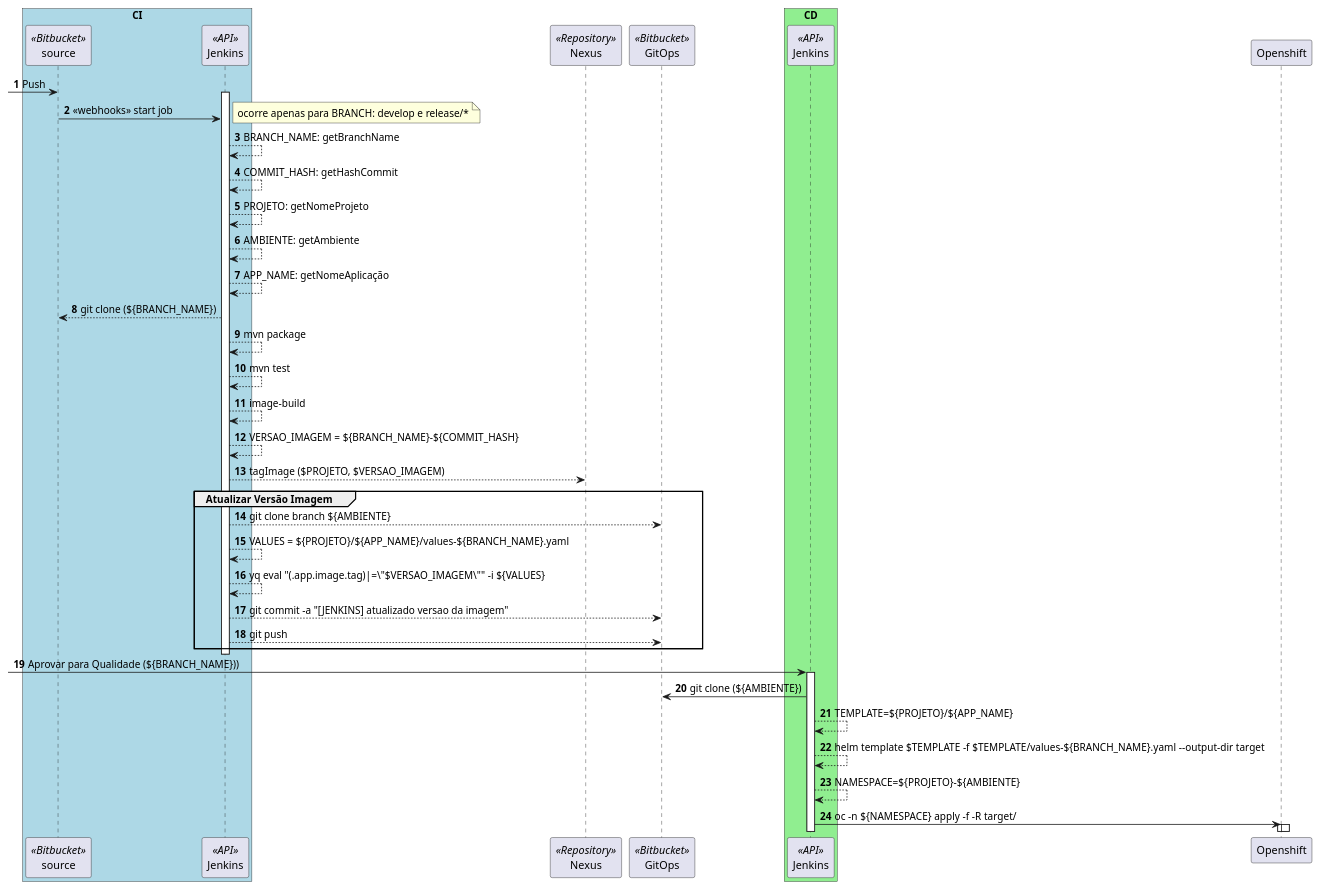
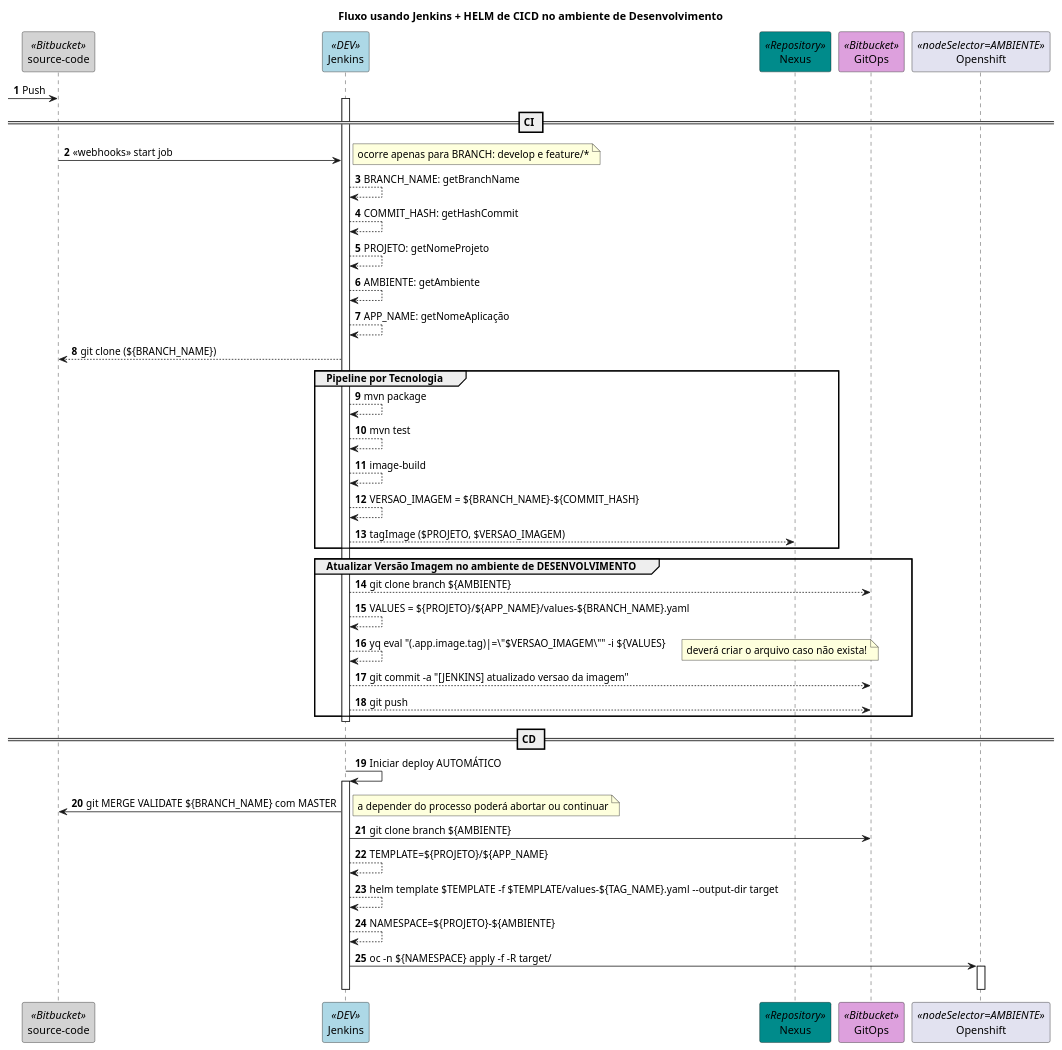
Before and after one commit to jovemfelix/gitops-jenkins-helm: the diagram in docs/cicd-fluxo.puml, drawn with PlantUML. The commit also changed 11 other files, not shown here.

```diff
--- a/docs/cicd-fluxo.puml
+++ b/docs/cicd-fluxo.puml
@@ -1,63 +1,65 @@
 @startuml
+
+title Fluxo usando Jenkins + HELM de CICD no ambiente de Desenvolvimento
+
 autonumber
 
-participant "Jenkins" as jenkinsDev << API >>
-participant "Jenkins" as jenkinsProd<< API >>
-
-box "CI" #LightBlue
-	participant "source" as source << Bitbucket >>
-	participant jenkinsDev
-end box
-
-participant Nexus as nexus << Repository >>
-participant "GitOps" as config << Bitbucket >>
-
-box "CD" #LightGreen
-	participant jenkinsProd
-end box
-
-participant "Openshift" as ocp
+participant "source-code" as source << Bitbucket >> #LightGrey
+participant "Jenkins" as jenkinsDev << DEV >> #LightBlue
+participant Nexus as nexus << Repository >> #DarkCyan
+participant "GitOps" as config << Bitbucket >> #Plum
+participant "Openshift" as ocp << nodeSelector=AMBIENTE >>
 
 [-> source: Push
 activate jenkinsDev
+== CI ==
+source -> jenkinsDev: <<webhooks>> start job
+note right: ocorre apenas para BRANCH: develop e feature/*
 
-source -> jenkinsDev: <<webhooks>> start job
-note right: ocorre apenas para BRANCH: develop e release/*
+    jenkinsDev --> jenkinsDev: BRANCH_NAME: getBranchName
+    jenkinsDev --> jenkinsDev: COMMIT_HASH: getHashCommit
+    jenkinsDev --> jenkinsDev: PROJETO: getNomeProjeto
+    jenkinsDev --> jenkinsDev: AMBIENTE: getAmbiente
+    jenkinsDev --> jenkinsDev: APP_NAME: getNomeAplicação
+    jenkinsDev --> source: git clone (${BRANCH_NAME})
+group Pipeline por Tecnologia
+    jenkinsDev --> jenkinsDev: mvn package
+    jenkinsDev --> jenkinsDev: mvn test
+    jenkinsDev --> jenkinsDev: image-build
+    jenkinsDev --> jenkinsDev: VERSAO_IMAGEM = ${BRANCH_NAME}-${COMMIT_HASH}
+    jenkinsDev --> nexus: tagImage ($PROJETO, $VERSAO_IMAGEM)
+end
 
-jenkinsDev --> jenkinsDev: BRANCH_NAME: getBranchName
-jenkinsDev --> jenkinsDev: COMMIT_HASH: getHashCommit
-jenkinsDev --> jenkinsDev: PROJETO: getNomeProjeto
-jenkinsDev --> jenkinsDev: AMBIENTE: getAmbiente
-jenkinsDev --> jenkinsDev: APP_NAME: getNomeAplicação
-jenkinsDev --> source: git clone (${BRANCH_NAME})
-jenkinsDev --> jenkinsDev: mvn package
-jenkinsDev --> jenkinsDev: mvn test
-jenkinsDev --> jenkinsDev: image-build
-jenkinsDev --> jenkinsDev: VERSAO_IMAGEM = ${BRANCH_NAME}-${COMMIT_HASH}
-jenkinsDev --> nexus: tagImage ($PROJETO, $VERSAO_IMAGEM)
-
-group Atualizar Versão Imagem
+group Atualizar Versão Imagem no ambiente de DESENVOLVIMENTO
     jenkinsDev --> config: git clone branch ${AMBIENTE}
     jenkinsDev --> jenkinsDev: VALUES = ${PROJETO}/${APP_NAME}/values-${BRANCH_NAME}.yaml
     jenkinsDev --> jenkinsDev: yq eval "(.app.image.tag)|=\"$VERSAO_IMAGEM\"" -i ${VALUES}
-        
+    note right: deverá criar o arquivo caso não exista!
+
     jenkinsDev --> config: git commit -a "[JENKINS] atualizado versao da imagem"
     jenkinsDev --> config: git push
 end
 
 deactivate jenkinsDev
 
-[-> jenkinsProd: Aprovar para Qualidade (${BRANCH_NAME}))
-activate jenkinsProd
 
-jenkinsProd -> config: git clone (${AMBIENTE})
-jenkinsProd --> jenkinsProd: TEMPLATE=${PROJETO}/${APP_NAME}
-jenkinsProd --> jenkinsProd: helm template $TEMPLATE -f $TEMPLATE/values-${BRANCH_NAME}.yaml --output-dir target
+== CD ==
+jenkinsDev -> jenkinsDev: Iniciar deploy AUTOMÁTICO
+activate jenkinsDev
 
-jenkinsProd --> jenkinsProd: NAMESPACE=${PROJETO}-${AMBIENTE}
-jenkinsProd -> ocp: oc -n ${NAMESPACE} apply -f -R target/
+jenkinsDev -> source: git MERGE VALIDATE ${BRANCH_NAME} com MASTER
+note right: a depender do processo poderá abortar ou continuar
+
+jenkinsDev -> config: git clone branch ${AMBIENTE}
+jenkinsDev --> jenkinsDev: TEMPLATE=${PROJETO}/${APP_NAME}
+jenkinsDev --> jenkinsDev: helm template $TEMPLATE -f $TEMPLATE/values-${TAG_NAME}.yaml --output-dir target
+
+jenkinsDev --> jenkinsDev: NAMESPACE=${PROJETO}-${AMBIENTE}
+jenkinsDev -> ocp: oc -n ${NAMESPACE} apply -f -R target/
 activate ocp
-activate ocp
+deactivate ocp
+
+deactivate jenkinsDev
 
 
 @enduml
```
